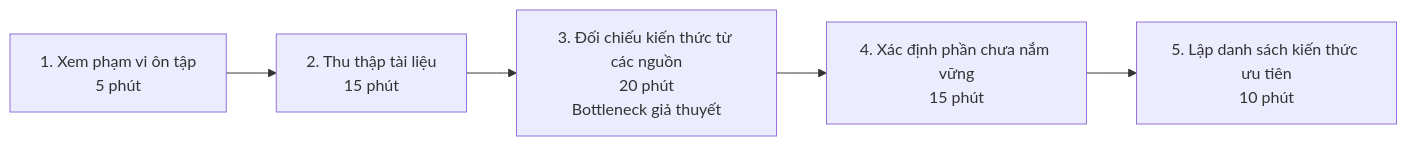
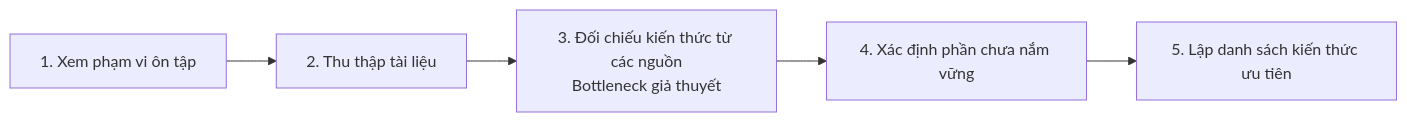
Before and after one commit to minhquannm0905-cloud/K5-L3B-Day02-D2-DiscoverProblemFraming: the second of 3 diagrams in report/individual/2A202603722_MaiXuanKhang.md, drawn with Mermaid. The commit also changed other lines of this file, not shown here.

````diff
--- a/report/individual/2A202603722_MaiXuanKhang.md
+++ b/report/individual/2A202603722_MaiXuanKhang.md
@@ -85,9 +83,9 @@
 ```mermaid
 flowchart LR
-    A["1. Xem phạm vi ôn tập<br/>5 phút"]
-    B["2. Thu thập tài liệu<br/>15 phút"]
-    C["3. Đối chiếu kiến thức từ các nguồn<br/>20 phút<br/>Bottleneck giả thuyết"]
-    D["4. Xác định phần chưa nắm vững<br/>15 phút"]
-    E["5. Lập danh sách kiến thức ưu tiên<br/>10 phút"]
+    A["1. Xem phạm vi ôn tập"]
+    B["2. Thu thập tài liệu"]
+    C["3. Đối chiếu kiến thức từ các nguồn<br/>Bottleneck giả thuyết"]
+    D["4. Xác định phần chưa nắm vững"]
+    E["5. Lập danh sách kiến thức ưu tiên"]
     A --> B --> C --> D --> E
 ```
````
